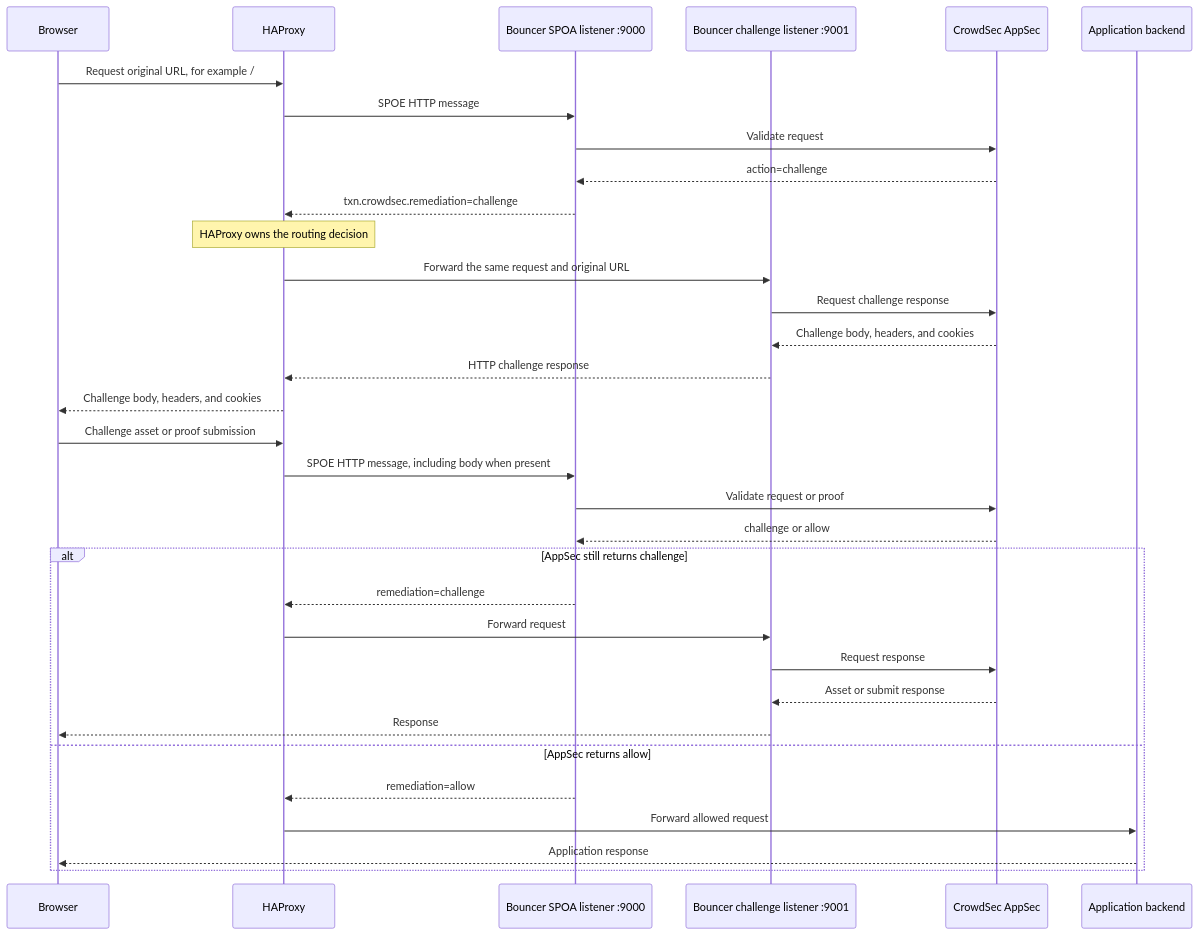
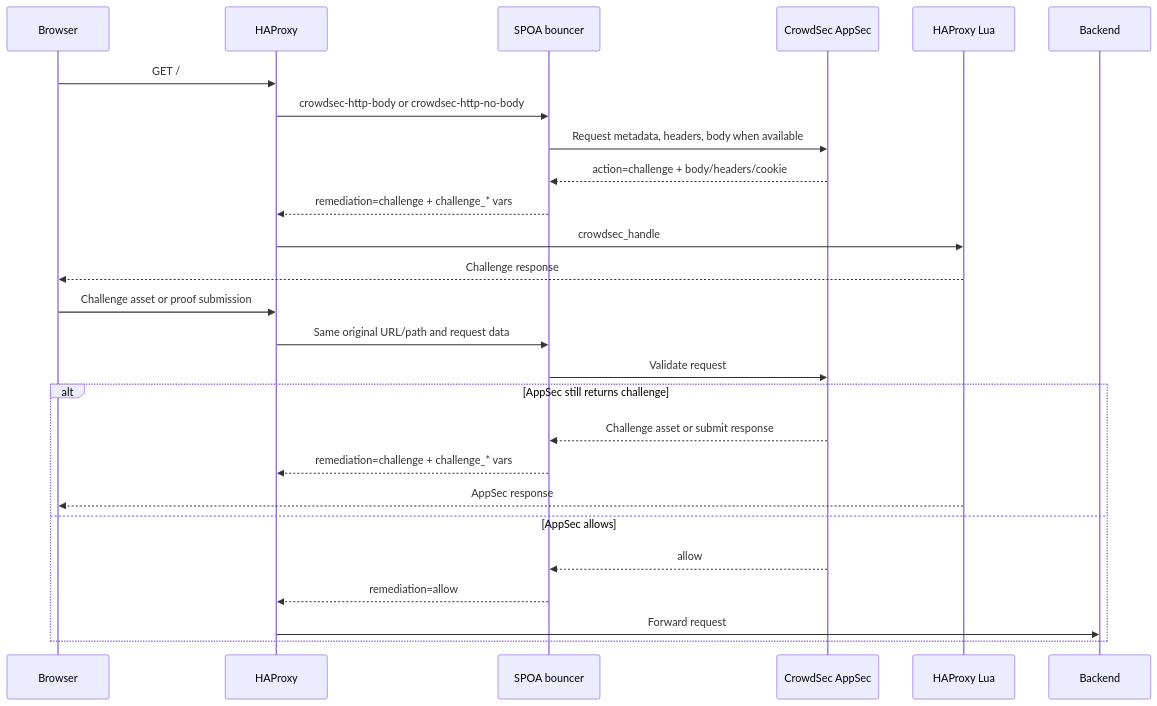
The diagram in CHALLENGE.md (crowdsecurity/cs-haproxy-spoa-bouncer), drawn with Mermaid before and after one commit. The commit also changed other lines of this file and 14 other files, not shown here.

Commit message:
remove the side http server from challenge mode

````diff
--- a/CHALLENGE.md
+++ b/CHALLENGE.md
@@ -57,39 +37,30 @@
 ```mermaid
 sequenceDiagram
     participant Browser
     participant HAProxy
-    participant SPOA as Bouncer SPOA listener :9000
-    participant Challenge as Bouncer challenge listener :9001
+    participant SPOA as SPOA bouncer
     participant AppSec as CrowdSec AppSec
-    participant Backend as Application backend
+    participant Lua as HAProxy Lua
 
-    Browser->>HAProxy: Request original URL, for example /
-    HAProxy->>SPOA: SPOE HTTP message
-    SPOA->>AppSec: Validate request
-    AppSec-->>SPOA: action=challenge
-    SPOA-->>HAProxy: txn.crowdsec.remediation=challenge
-
-    Note over HAProxy: HAProxy owns the routing decision
-    HAProxy->>Challenge: Forward the same request and original URL
-    Challenge->>AppSec: Request challenge response
-    AppSec-->>Challenge: Challenge body, headers, and cookies
-    Challenge-->>HAProxy: HTTP challenge response
-    HAProxy-->>Browser: Challenge body, headers, and cookies
+    Browser->>HAProxy: GET /
+    HAProxy->>SPOA: crowdsec-http-body or crowdsec-http-no-body
+    SPOA->>AppSec: Request metadata, headers, body when available
+    AppSec-->>SPOA: action=challenge + body/headers/cookie
+    SPOA-->>HAProxy: remediation=challenge + challenge_* vars
+    HAProxy->>Lua: crowdsec_handle
+    Lua-->>Browser: Challenge response
 
     Browser->>HAProxy: Challenge asset or proof submission
-    HAProxy->>SPOA: SPOE HTTP message, including body when present
-    SPOA->>AppSec: Validate request or proof
-    AppSec-->>SPOA: challenge or allow
+    HAProxy->>SPOA: Same original URL/path and request data
+    SPOA->>AppSec: Validate request
 
     alt AppSec still returns challenge
-        SPOA-->>HAProxy: remediation=challenge
-        HAProxy->>Challenge: Forward request
-        Challenge->>AppSec: Request response
-        AppSec-->>Challenge: Asset or submit response
-        Challenge-->>Browser: Response
-    else AppSec returns allow
+        AppSec-->>SPOA: Challenge asset or submit response
+        SPOA-->>HAProxy: remediation=challenge + challenge_* vars
+        Lua-->>Browser: AppSec response
+    else AppSec allows
+        AppSec-->>SPOA: allow
         SPOA-->>HAProxy: remediation=allow
-        HAProxy->>Backend: Forward allowed request
-        Backend-->>Browser: Application response
+        HAProxy->>Backend: Forward request
     end
 ```
````
